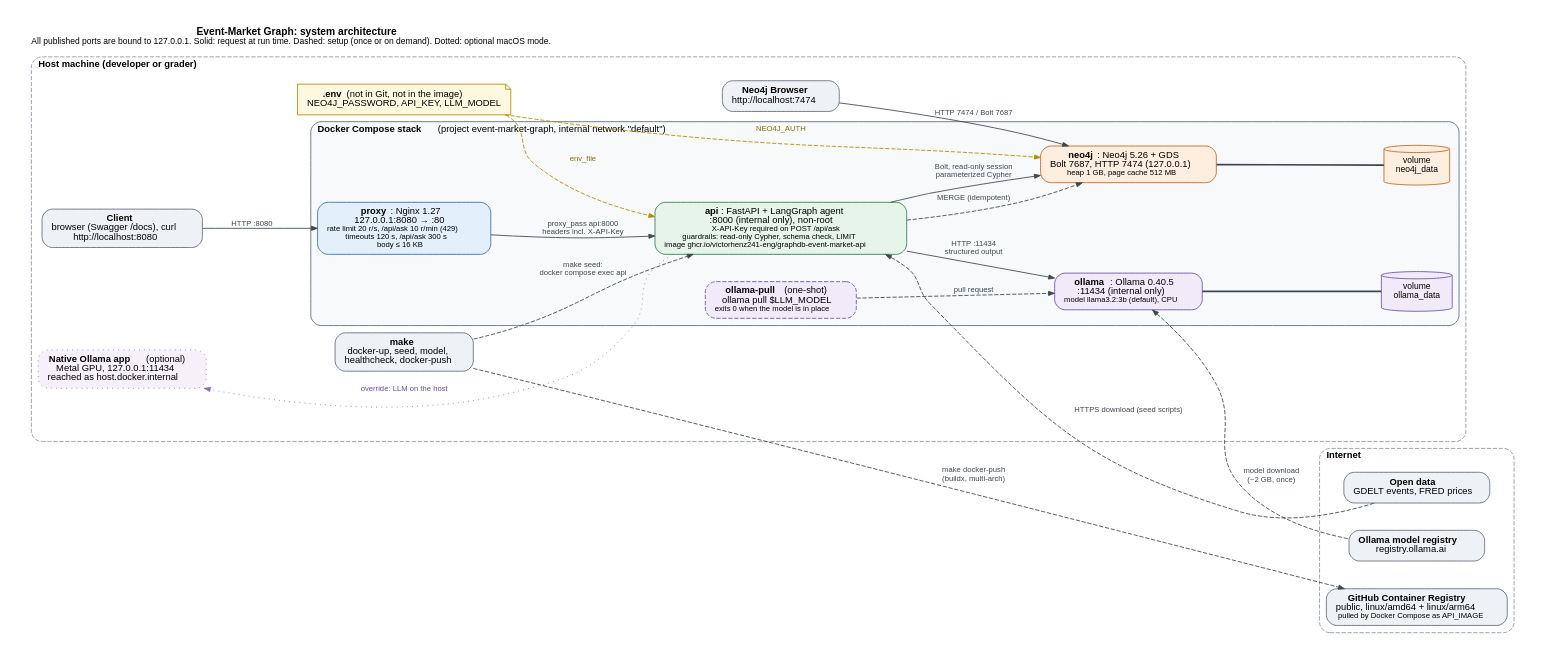
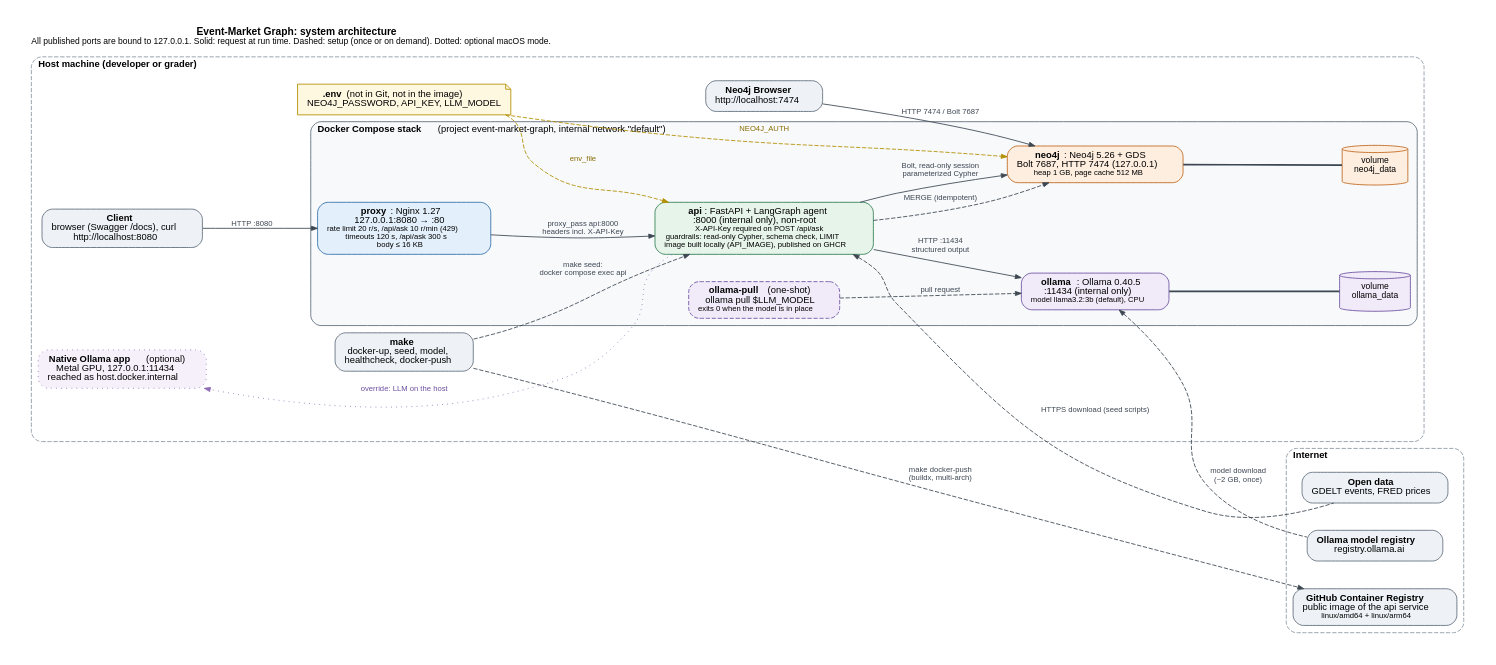
One commit to adrienlabergere-creator/graphdb-event-market changed the diagram in docs/architecture.dot. Above: the diagram before and after it, drawn with Graphviz. The commit also changed 4 other files, not shown here.

Commit message:
docs(docker): require Compose 2.24.4 and build the API image under a local name

```diff
--- a/docs/architecture.dot
+++ b/docs/architecture.dot
@@ -1,64 +1,64 @@
 // System architecture of the Docker Compose stack. Render with: dot -Tpng -Gdpi=150 docs/architecture.dot -o docs/architecture.png
 // Solid arrows: a request at run time. Dashed arrows: setup, run once or on demand (seed, model pull, image push).
 digraph architecture {
     graph [rankdir=LR, fontname="Helvetica", fontsize=12, nodesep=0.45, ranksep=0.75, pad=0.3, bgcolor="white",
            label=<<b>Event-Market Graph: system architecture</b><br/><font point-size="10">All published ports are bound to 127.0.0.1. Solid: request at run time. Dashed: setup (once or on demand). Dotted: optional macOS mode.</font>>,
            labelloc=t, labeljust=l];
     node  [fontname="Helvetica", fontsize=11, shape=box, style="rounded,filled", color="#5f6b7a", fillcolor="#ffffff", margin="0.15,0.08"];
     edge  [fontname="Helvetica", fontsize=9, color="#3d4752", fontcolor="#3d4752", arrowsize=0.7];
 
     subgraph cluster_host {
         label=<<b>Host machine (developer or grader)</b>>; labeljust=l; style="rounded,dashed"; color="#8a96a3"; fontsize=11;
         user    [label=<<b>Client</b><br/>browser (Swagger /docs), curl<br/>http://localhost:8080>, fillcolor="#eef2f6"];
         browser [label=<<b>Neo4j Browser</b><br/>http://localhost:7474>, fillcolor="#eef2f6"];
         make    [label=<<b>make</b><br/>docker-up, seed, model,<br/>healthcheck, docker-push>, fillcolor="#eef2f6"];
         envfile [label=<<b>.env</b> (not in Git, not in the image)<br/>NEO4J_PASSWORD, API_KEY, LLM_MODEL>, shape=note, fillcolor="#fff8e1", color="#b38f00"];
         native  [label=<<b>Native Ollama app</b> (optional)<br/>Metal GPU, 127.0.0.1:11434<br/>reached as host.docker.internal>, fillcolor="#f6f0fb", color="#8e6bb3", style="rounded,filled,dotted"];
 
         subgraph cluster_compose {
             label=<<b>Docker Compose stack</b> (project event-market-graph, internal network "default")>; labeljust=l;
             style="rounded,filled"; fillcolor="#f7f9fb"; color="#5f6b7a"; fontsize=11;
 
             proxy [label=<<b>proxy</b>: Nginx 1.27<br/>127.0.0.1:8080 → :80<br/><font point-size="9">rate limit 20 r/s, /api/ask 10 r/min (429)<br/>timeouts 120 s, /api/ask 300 s<br/>body ≤ 16 KB</font>>, fillcolor="#e3f0fb", color="#2f6ea8"];
-            api   [label=<<b>api</b>: FastAPI + LangGraph agent<br/>:8000 (internal only), non-root<br/><font point-size="9">X-API-Key required on POST /api/ask<br/>guardrails: read-only Cypher, schema check, LIMIT<br/>image ghcr.io/victorhenz241-eng/graphdb-event-market-api</font>>, fillcolor="#e6f4ea", color="#2e7d4f"];
+            api   [label=<<b>api</b>: FastAPI + LangGraph agent<br/>:8000 (internal only), non-root<br/><font point-size="9">X-API-Key required on POST /api/ask<br/>guardrails: read-only Cypher, schema check, LIMIT<br/>image built locally (API_IMAGE), published on GHCR</font>>, fillcolor="#e6f4ea", color="#2e7d4f"];
             neo4j [label=<<b>neo4j</b>: Neo4j 5.26 + GDS<br/>Bolt 7687, HTTP 7474 (127.0.0.1)<br/><font point-size="9">heap 1 GB, page cache 512 MB</font>>, fillcolor="#fdeee0", color="#c0661c"];
             ollama [label=<<b>ollama</b>: Ollama 0.40.5<br/>:11434 (internal only)<br/><font point-size="9">model llama3.2:3b (default), CPU</font>>, fillcolor="#f1ebf9", color="#6b4fa0"];
             pull  [label=<<b>ollama-pull</b> (one-shot)<br/>ollama pull $LLM_MODEL<br/><font point-size="9">exits 0 when the model is in place</font>>, fillcolor="#f1ebf9", color="#6b4fa0", style="rounded,filled,dashed"];
 
             neo4j_data  [label="volume\nneo4j_data", shape=cylinder, fillcolor="#fdeee0", color="#c0661c", fontsize=10];
             ollama_data [label="volume\nollama_data", shape=cylinder, fillcolor="#f1ebf9", color="#6b4fa0", fontsize=10];
         }
     }
 
     subgraph cluster_internet {
         label=<<b>Internet</b>>; labeljust=l; style="rounded,dashed"; color="#8a96a3"; fontsize=11;
         sources  [label=<<b>Open data</b><br/>GDELT events, FRED prices>, fillcolor="#eef2f6"];
         registry [label=<<b>Ollama model registry</b><br/>registry.ollama.ai>, fillcolor="#eef2f6"];
-        ghcr     [label=<<b>GitHub Container Registry</b><br/>public, linux/amd64 + linux/arm64<br/><font point-size="9">pulled by Docker Compose as API_IMAGE</font>>, fillcolor="#eef2f6"];
+        ghcr     [label=<<b>GitHub Container Registry</b><br/>public image of the api service<br/><font point-size="9">linux/amd64 + linux/arm64</font>>, fillcolor="#eef2f6"];
     }
 
     // Run-time requests
     user    -> proxy [label="HTTP :8080"];
     proxy   -> api   [label="proxy_pass api:8000\nheaders incl. X-API-Key"];
     api     -> neo4j [label="Bolt, read-only session\nparameterized Cypher"];
     api     -> ollama [label="HTTP :11434\nstructured output"];
     browser -> neo4j [label="HTTP 7474 / Bolt 7687"];
     neo4j   -> neo4j_data [arrowhead=none, style=bold];
     ollama  -> ollama_data [arrowhead=none, style=bold];
 
     // Configuration
     envfile -> api   [style=dashed, color="#b38f00", fontcolor="#8a6d00", label="env_file"];
     envfile -> neo4j [style=dashed, color="#b38f00", fontcolor="#8a6d00", label="NEO4J_AUTH"];
 
     // Setup and on-demand jobs
     pull     -> ollama   [style=dashed, label="pull request"];
     ollama   -> registry [style=dashed, dir=back, label="model download\n(~2 GB, once)"];
     make     -> api      [style=dashed, label="make seed:\ndocker compose exec api"];
     neo4j    -> sources  [style=invis];
     api      -> sources  [style=dashed, dir=back, label="HTTPS download (seed scripts)", constraint=false];
     api      -> neo4j    [style=dashed, label="MERGE (idempotent)", constraint=false];
     make     -> ghcr     [style=dashed, label="make docker-push\n(buildx, multi-arch)"];
 
     // Optional macOS mode (docker-compose.override.example.yml)
     api -> native [style=dotted, color="#8e6bb3", fontcolor="#6b4fa0", label="override: LLM on the host", constraint=false];
 }
```
